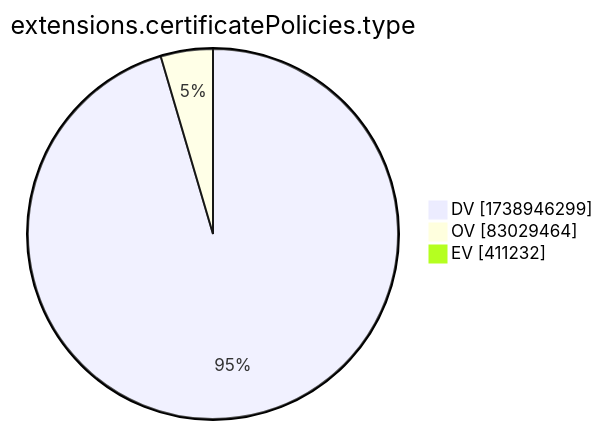
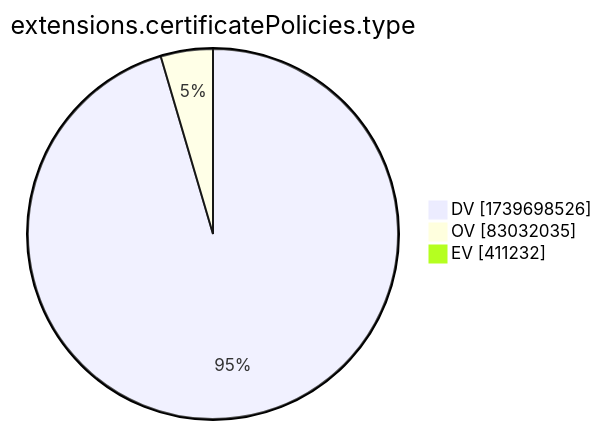
The tenth of 15 diagrams in xenon2022/README.md (christiankrug/ctmonitor_visualization), drawn with Mermaid before and after one commit. The commit also changed other lines of this file, not shown here.

````diff
--- a/xenon2022/README.md
+++ b/xenon2022/README.md
@@ -2881,7 +2881,7 @@
 ```mermaid
 pie showData
 title extensions.certificatePolicies.type
-"DV" :1738946299
-"OV" :83029464
+"DV" :1739698526
+"OV" :83032035
 "EV" :411232
 ```
````
